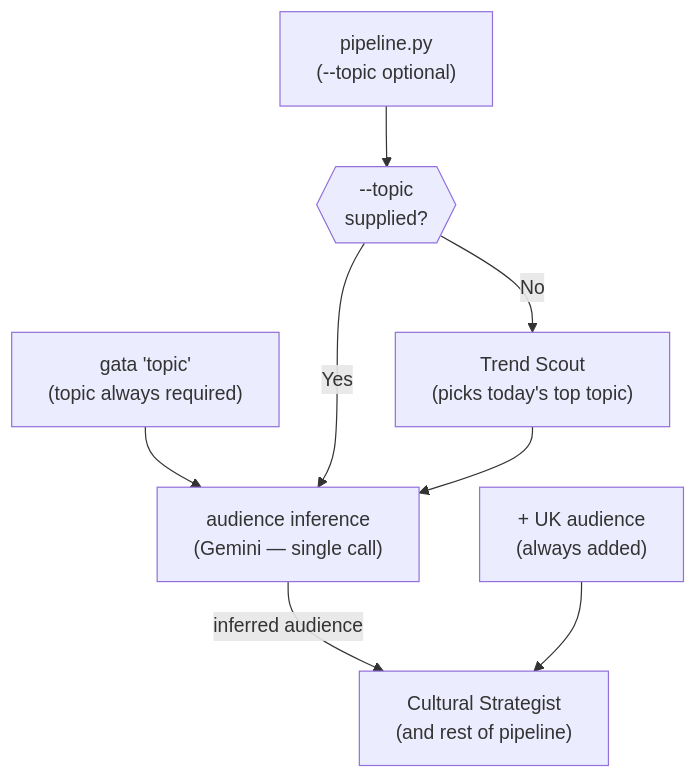
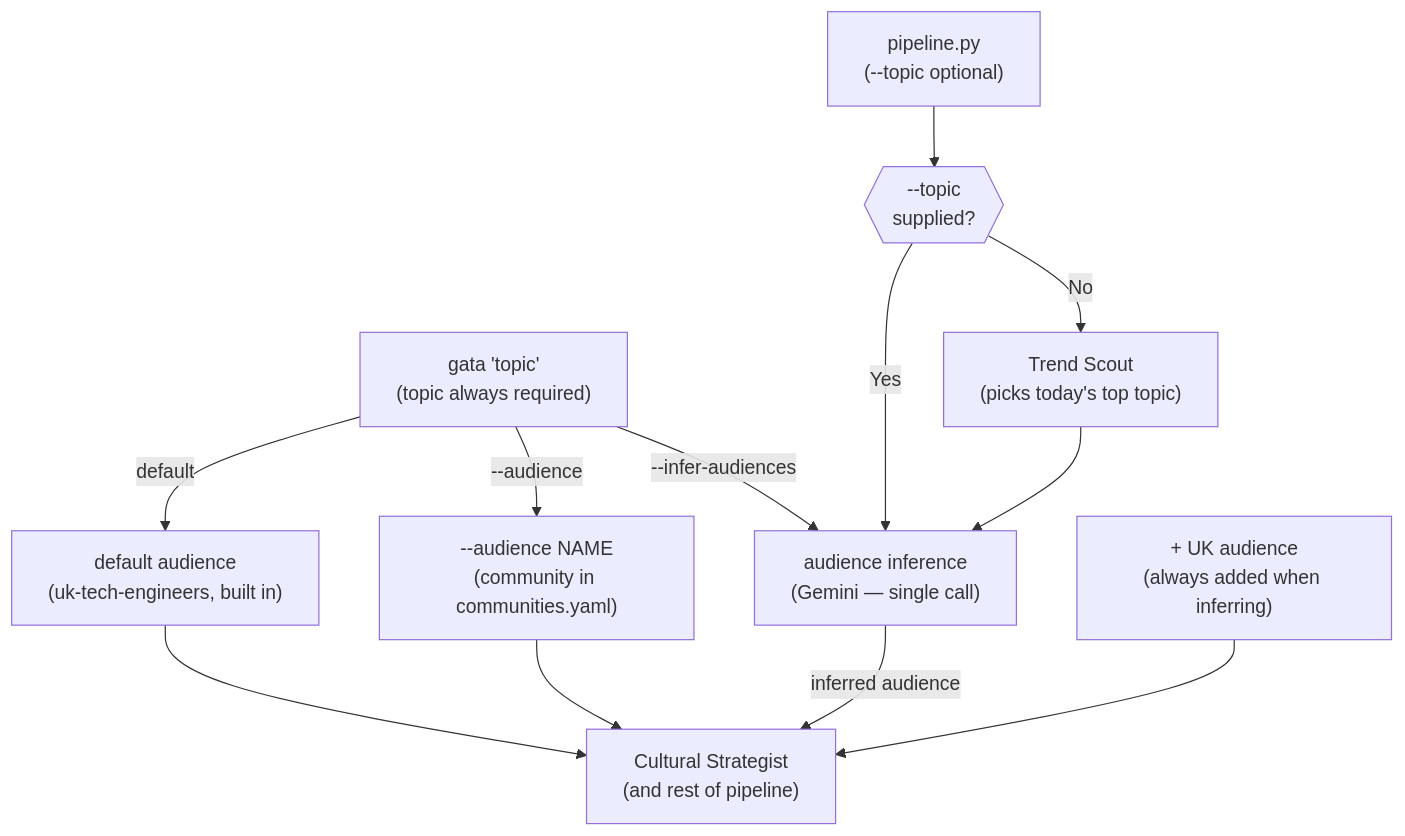
One commit to josemrsantos/gata changed the second of 10 diagrams in docs/architecture.md. Above: the diagram before and after it, drawn with Mermaid. The commit also changed other lines of this file and 13 other files, not shown here.

First line of the commit message:
feat: spec 055 — single-audience default for gata

````diff
--- a/docs/architecture.md
+++ b/docs/architecture.md
@@ -60,18 +60,24 @@
 ```mermaid
 flowchart TD
     GATA["gata 'topic'\n(topic always required)"]
     PIPE["pipeline.py\n(--topic optional)"]
     DEC{{"--topic\nsupplied?"}}
     TS["Trend Scout\n(picks today's top topic)"]
+    DEF["default audience\n(uk-tech-engineers, built in)"]
+    NAMED["--audience NAME\n(community in communities.yaml)"]
     AUD["audience inference\n(Gemini — single call)"]
     CS["Cultural Strategist\n(and rest of pipeline)"]
-    UK["+ UK audience\n(always added)"]
+    UK["+ UK audience\n(always added when inferring)"]
 
-    GATA --> AUD
+    GATA -->|"default"| DEF
+    GATA -->|"--audience"| NAMED
+    GATA -->|"--infer-audiences"| AUD
+    DEF --> CS
+    NAMED --> CS
     PIPE --> DEC
     DEC -->|"Yes"| AUD
     DEC -->|"No"| TS
     TS --> AUD
     AUD -->|"inferred audience"| CS
     UK --> CS
 ```
````
